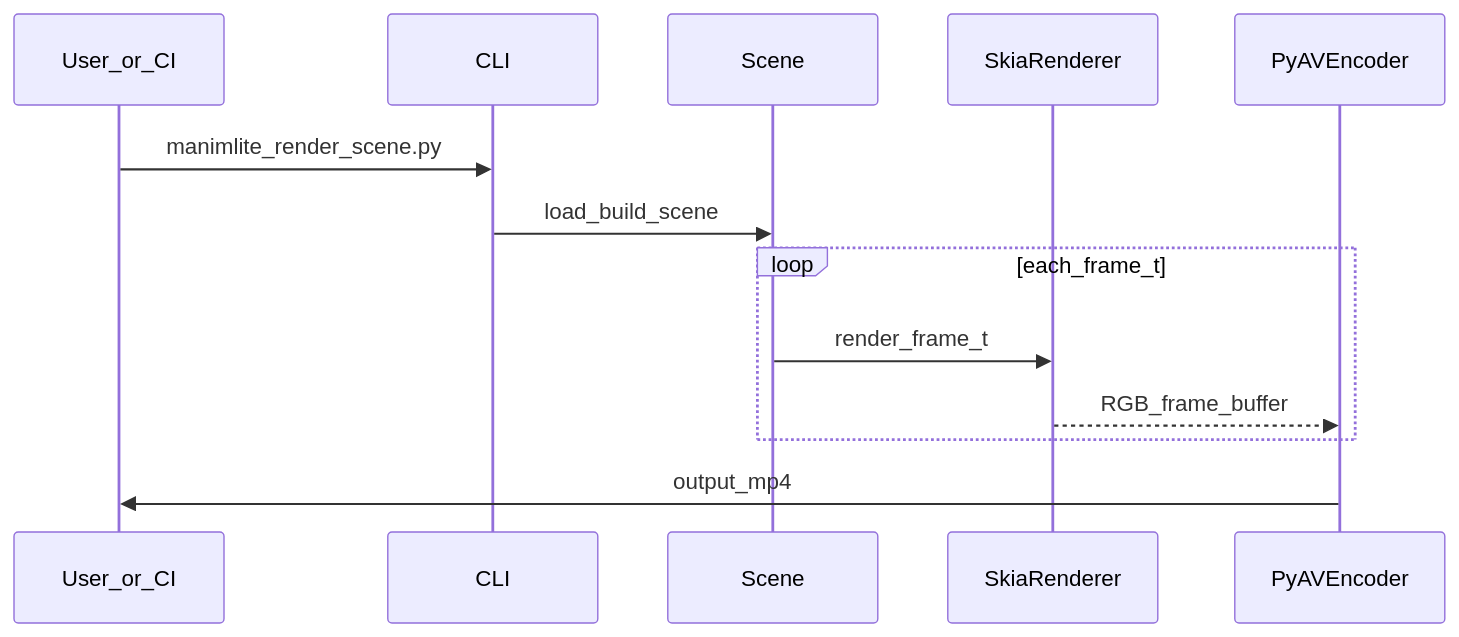
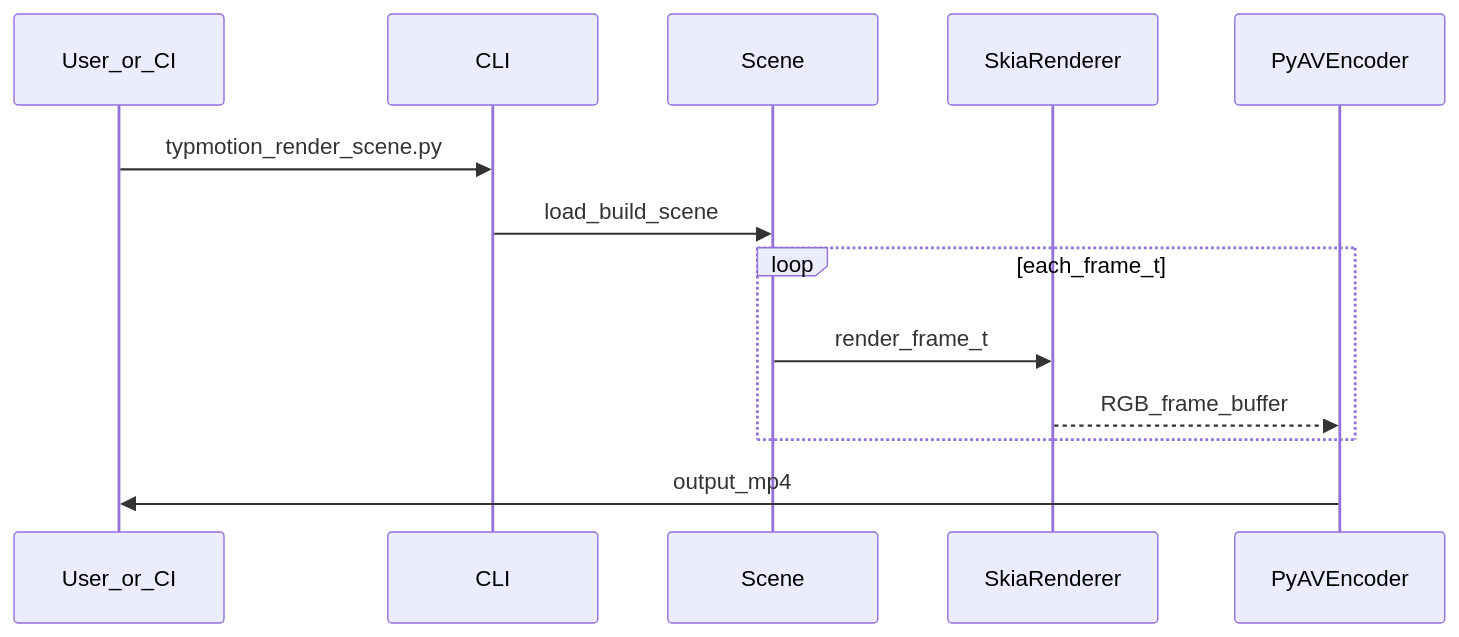
Before and after one commit to nabin2004/ManimLite: the second of 3 diagrams in docs/design/SDD.md, drawn with Mermaid. The commit also changed other lines of this file and 121 other files, not shown here.

````diff
--- a/docs/design/SDD.md
+++ b/docs/design/SDD.md
@@ -83,16 +83,16 @@
 ```mermaid
 sequenceDiagram
     participant User as User_or_CI
     participant CLI as CLI
     participant Scene as Scene
     participant R as SkiaRenderer
     participant E as PyAVEncoder
 
-    User->>CLI: manimlite_render_scene.py
+    User->>CLI: typmotion_render_scene.py
     CLI->>Scene: load_build_scene
     loop each_frame_t
         Scene->>R: render_frame_t
         R-->>E: RGB_frame_buffer
     end
     E->>User: output_mp4
 ```
````
